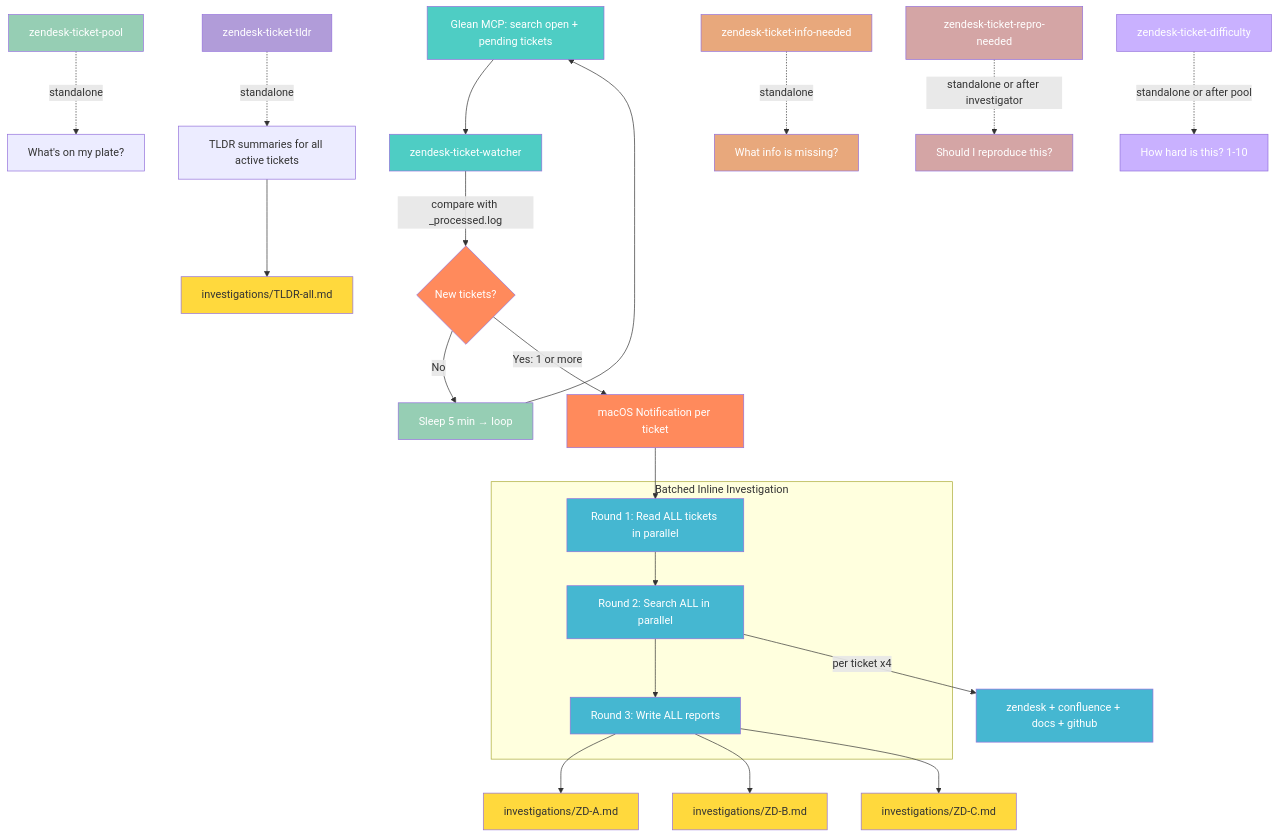
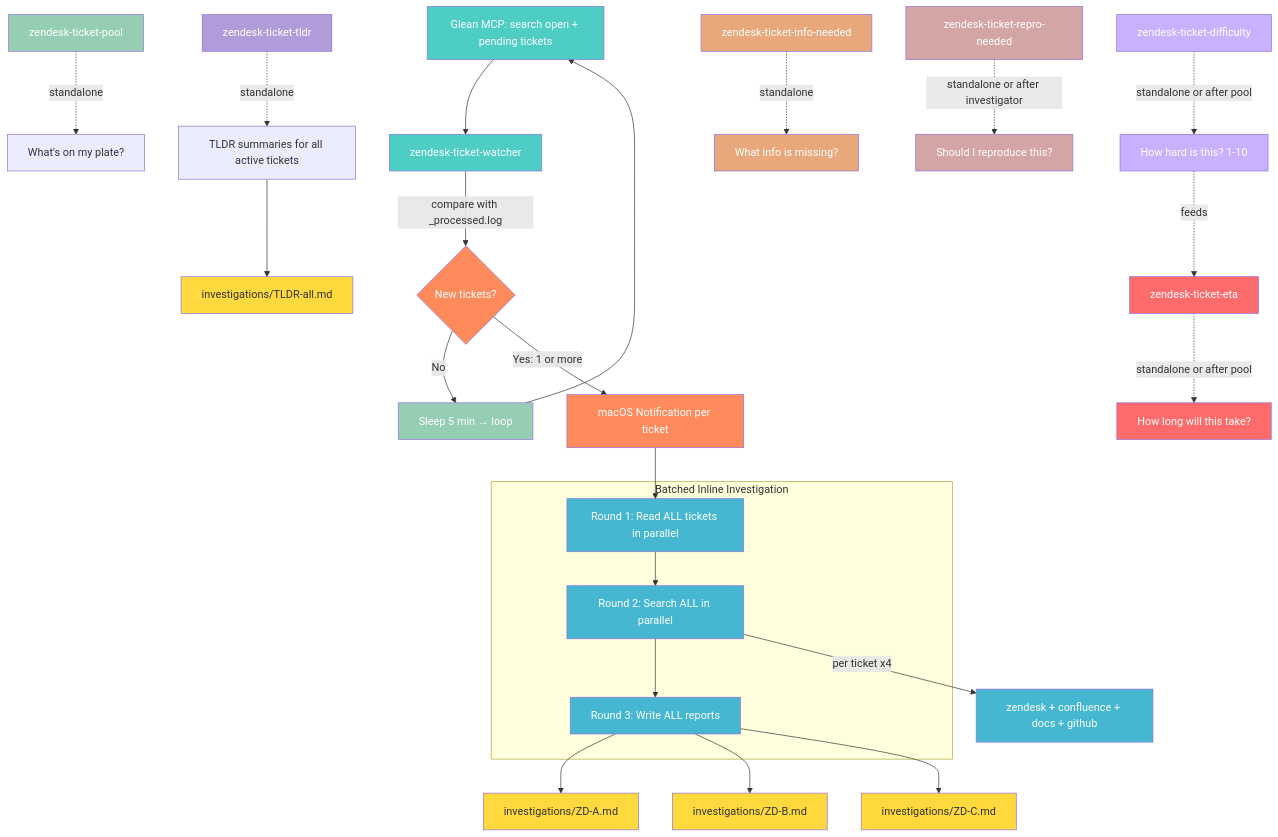
The diagram in README.md (ddalexvea/datadog-cursor-diagnose-skills), drawn with Mermaid before and after one commit. The commit also changed other lines of this file and 2 other files, not shown here.

Commit message:
Add zendesk-ticket-eta skill
Estimates time of resolution with three metrics: active work time,
calendar time, and time to next response. Flags blockers separately,
includes confidence level, and calibrates against similar resolved
tickets. Chains from difficulty score as key input.

Made-with: Cursor

````diff
--- a/README.md
+++ b/README.md
@@ -60,49 +61,53 @@
 ```mermaid
 flowchart TD
     A[Glean MCP: search open + pending tickets] --> B[zendesk-ticket-watcher]
     B -->|compare with _processed.log| C{New tickets?}
     C -->|No| S[Sleep 5 min → loop]
     C -->|Yes: 1 or more| N[macOS Notification per ticket]
     N --> R1
 
     subgraph Batched Inline Investigation
         R1[Round 1: Read ALL tickets in parallel] --> R2[Round 2: Search ALL in parallel]
         R2 --> R3[Round 3: Write ALL reports]
     end
 
     R2 -->|per ticket x4| R2D[zendesk + confluence + docs + github]
     R3 --> F1[investigations/ZD-A.md]
     R3 --> F2[investigations/ZD-B.md]
     R3 --> F3[investigations/ZD-C.md]
 
     S --> A
 
     G[zendesk-ticket-pool] -.->|standalone| H[What's on my plate?]
     T[zendesk-ticket-tldr] -.->|standalone| T1[TLDR summaries for all active tickets]
     T1 --> T2[investigations/TLDR-all.md]
     I[zendesk-ticket-info-needed] -.->|standalone| I1[What info is missing?]
     J[zendesk-ticket-repro-needed] -.->|standalone or after investigator| J1[Should I reproduce this?]
     K[zendesk-ticket-difficulty] -.->|standalone or after pool| K1[How hard is this? 1-10]
+    L[zendesk-ticket-eta] -.->|standalone or after pool| L1[How long will this take?]
+    K1 -.->|feeds| L
 
     style A fill:#4ecdc4,color:#fff
     style B fill:#4ecdc4,color:#fff
     style C fill:#ff8a5c,color:#fff
     style N fill:#ff8a5c,color:#fff
     style R1 fill:#45b7d1,color:#fff
     style R2 fill:#45b7d1,color:#fff
     style R3 fill:#45b7d1,color:#fff
     style R2D fill:#45b7d1,color:#fff
     style F1 fill:#ffd93d,color:#333
     style F2 fill:#ffd93d,color:#333
     style F3 fill:#ffd93d,color:#333
     style S fill:#96ceb4,color:#fff
     style G fill:#96ceb4,color:#fff
     style T fill:#b19cd9,color:#fff
     style T2 fill:#ffd93d,color:#333
     style I fill:#e8a87c,color:#fff
     style I1 fill:#e8a87c,color:#fff
     style J fill:#d4a5a5,color:#fff
     style J1 fill:#d4a5a5,color:#fff
     style K fill:#c9b1ff,color:#fff
     style K1 fill:#c9b1ff,color:#fff
+    style L fill:#ff6b6b,color:#fff
+    style L1 fill:#ff6b6b,color:#fff
 ```
````
